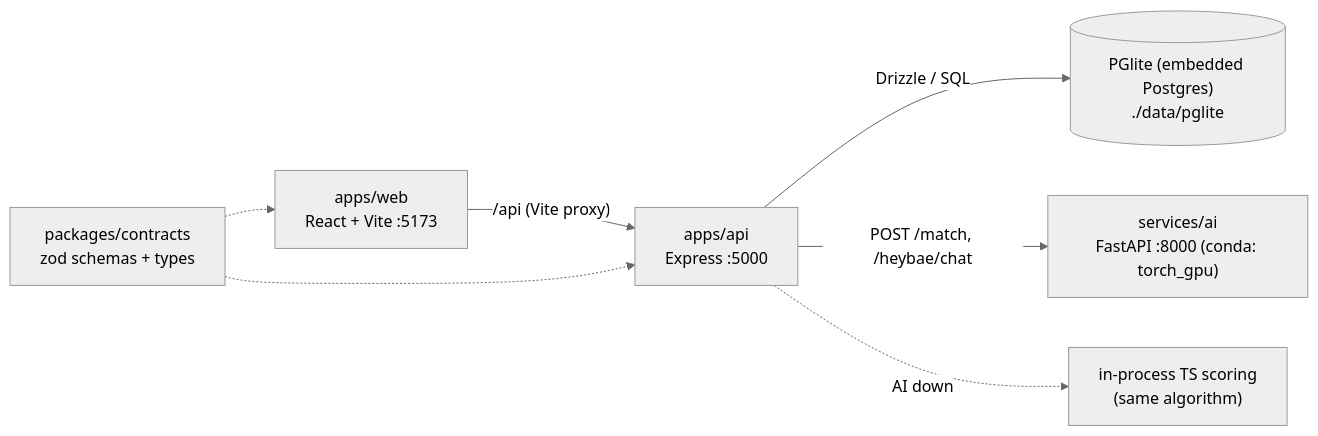
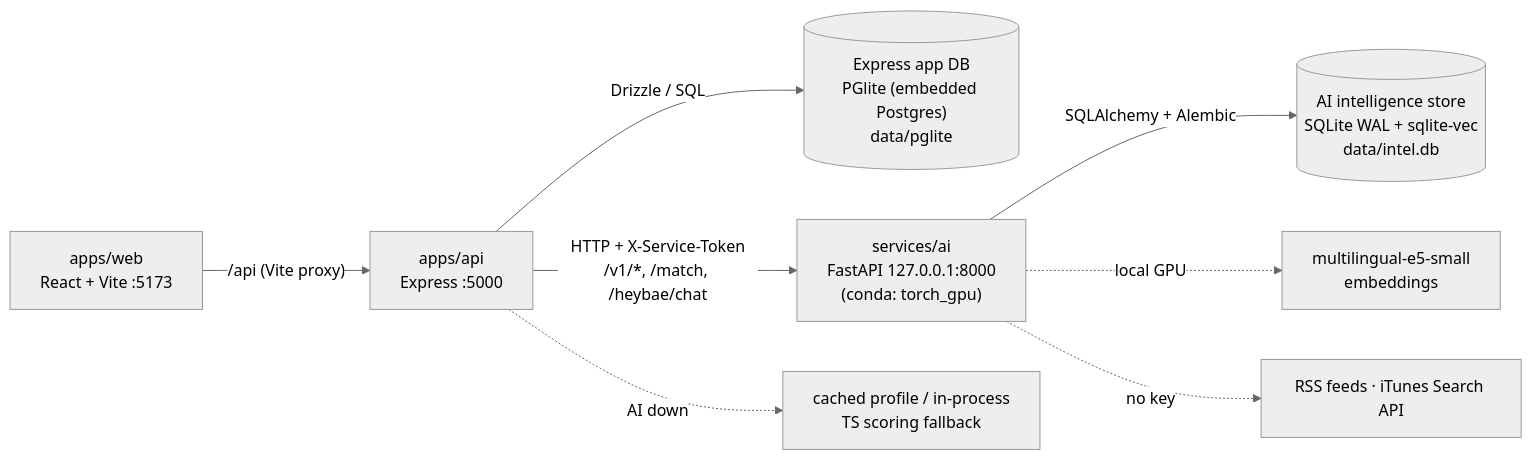
Before and after one commit to navaneethakrishnanms/PODBAE_AI: the diagram in README.md, drawn with Mermaid (neutral theme). The commit also changed other lines of this file and 58 other files, not shown here.

````diff
--- a/README.md
+++ b/README.md
@@ -6,9 +14,10 @@
 ```mermaid
 flowchart LR
   Web["apps/web<br/>React + Vite :5173"] -- "/api (Vite proxy)" --> API["apps/api<br/>Express :5000"]
-  API -- "Drizzle / SQL" --> DB[("PGlite (embedded Postgres)<br/>./data/pglite")]
-  API -- "POST /match, /heybae/chat" --> AI["services/ai<br/>FastAPI :8000 (conda: torch_gpu)"]
-  API -. "AI down" .-> FB["in-process TS scoring<br/>(same algorithm)"]
-  Contracts["packages/contracts<br/>zod schemas + types"] -.-> Web
-  Contracts -.-> API
+  API -- "Drizzle / SQL" --> DB[("Express app DB<br/>PGlite (embedded Postgres)<br/>data/pglite")]
+  API -- "HTTP + X-Service-Token<br/>/v1/*, /match, /heybae/chat" --> AI["services/ai<br/>FastAPI 127.0.0.1:8000<br/>(conda: torch_gpu)"]
+  AI -- "SQLAlchemy + Alembic" --> IS[("AI intelligence store<br/>SQLite WAL + sqlite-vec<br/>data/intel.db")]
+  AI -. "local GPU" .-> E5["multilingual-e5-small<br/>embeddings"]
+  AI -. "no key" .-> SRC["RSS feeds · iTunes Search API"]
+  API -. "AI down" .-> FB["cached profile / in-process<br/>TS scoring fallback"]
 ```
````
